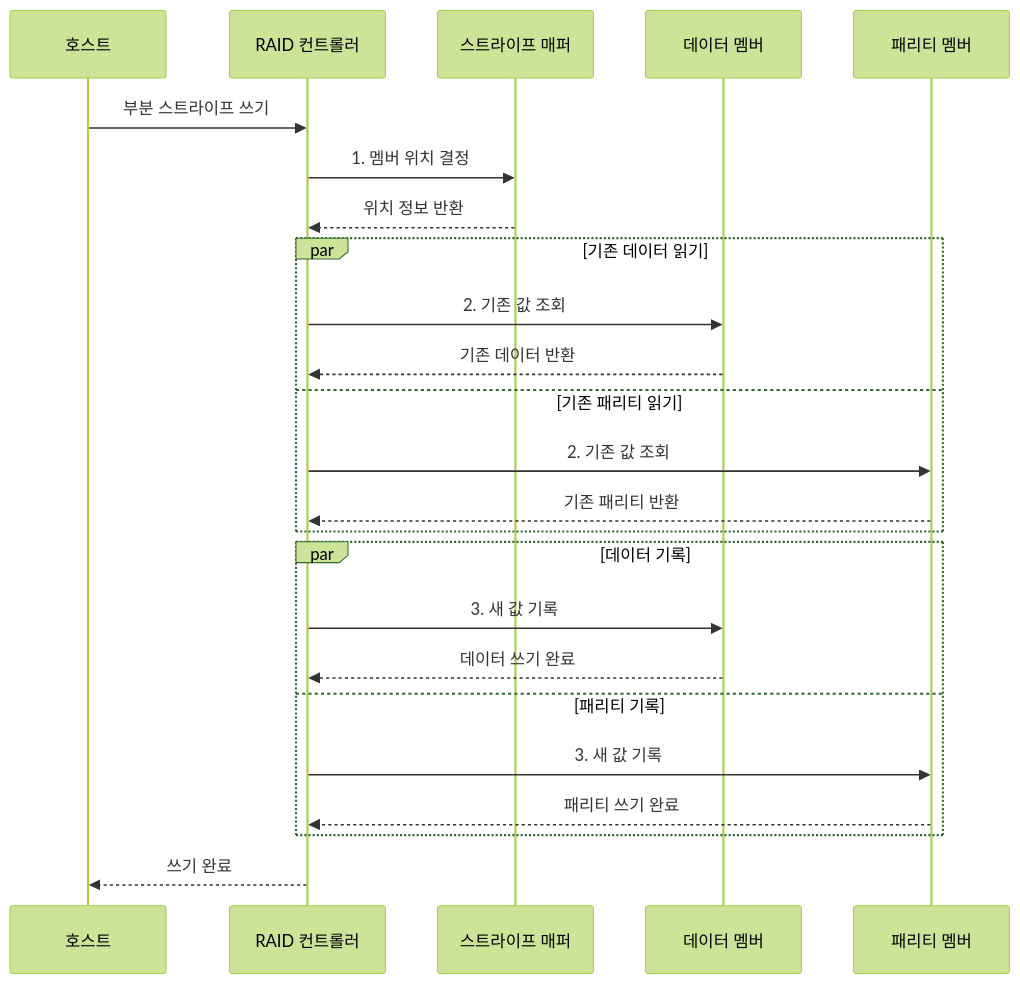
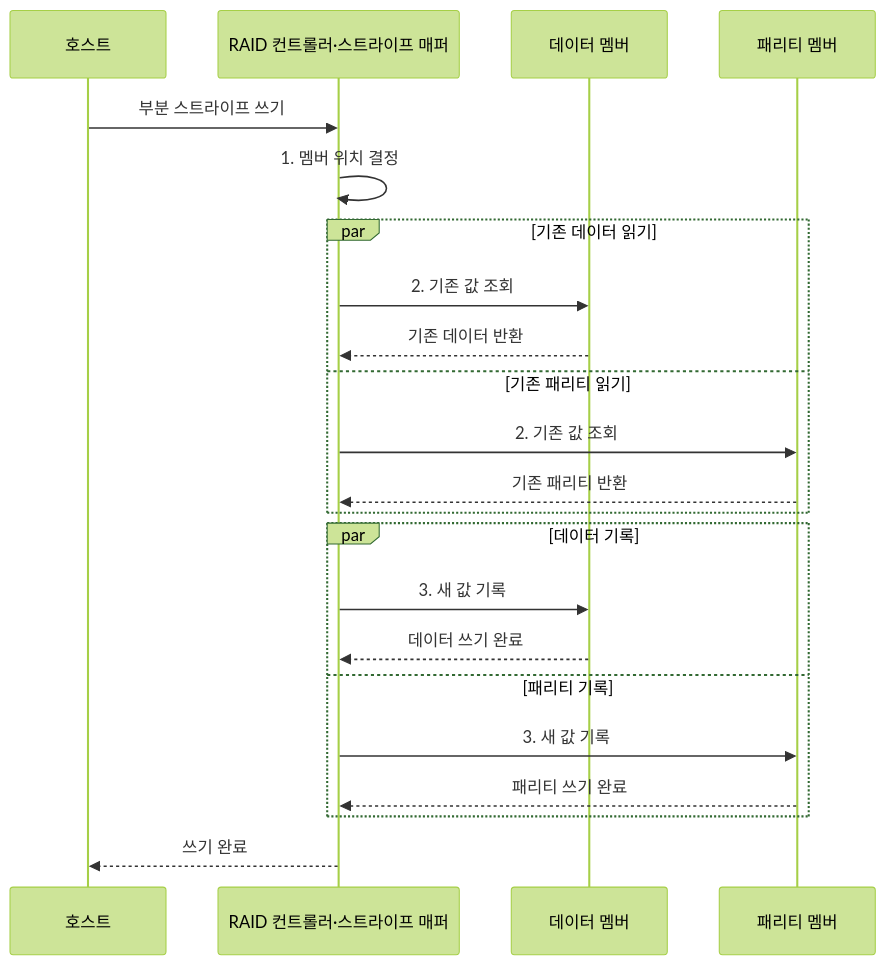
Before and after one commit to agnusdei1207/knowledge-base: the second of 2 diagrams in src/content/docs/notes/02-hardware/032_raid_levels.md, drawn with Mermaid (forest theme). The commit also changed 9 other files, not shown here.

Commit message:
Reduce redundant hardware flow roles

````diff
--- a/src/content/docs/notes/02-hardware/032_raid_levels.md
+++ b/src/content/docs/notes/02-hardware/032_raid_levels.md
@@ -101,27 +101,25 @@
 ```mermaid
 sequenceDiagram
     participant H as 호스트
-    participant C as RAID 컨트롤러
-    participant M as 스트라이프 매퍼
+    participant C as RAID 컨트롤러·스트라이프 매퍼
     participant D as 데이터 멤버
     participant P as 패리티 멤버
 
     H->>C: 부분 스트라이프 쓰기
-    C->>M: 1. 멤버 위치 결정
-    M-->>C: 위치 정보 반환
+    C->>C: 1. 멤버 위치 결정
     par 기존 데이터 읽기
         C->>D: 2. 기존 값 조회
         D-->>C: 기존 데이터 반환
     and 기존 패리티 읽기
         C->>P: 2. 기존 값 조회
         P-->>C: 기존 패리티 반환
     end
     par 데이터 기록
         C->>D: 3. 새 값 기록
         D-->>C: 데이터 쓰기 완료
     and 패리티 기록
         C->>P: 3. 새 값 기록
         P-->>C: 패리티 쓰기 완료
     end
     C-->>H: 쓰기 완료
 ```
````
